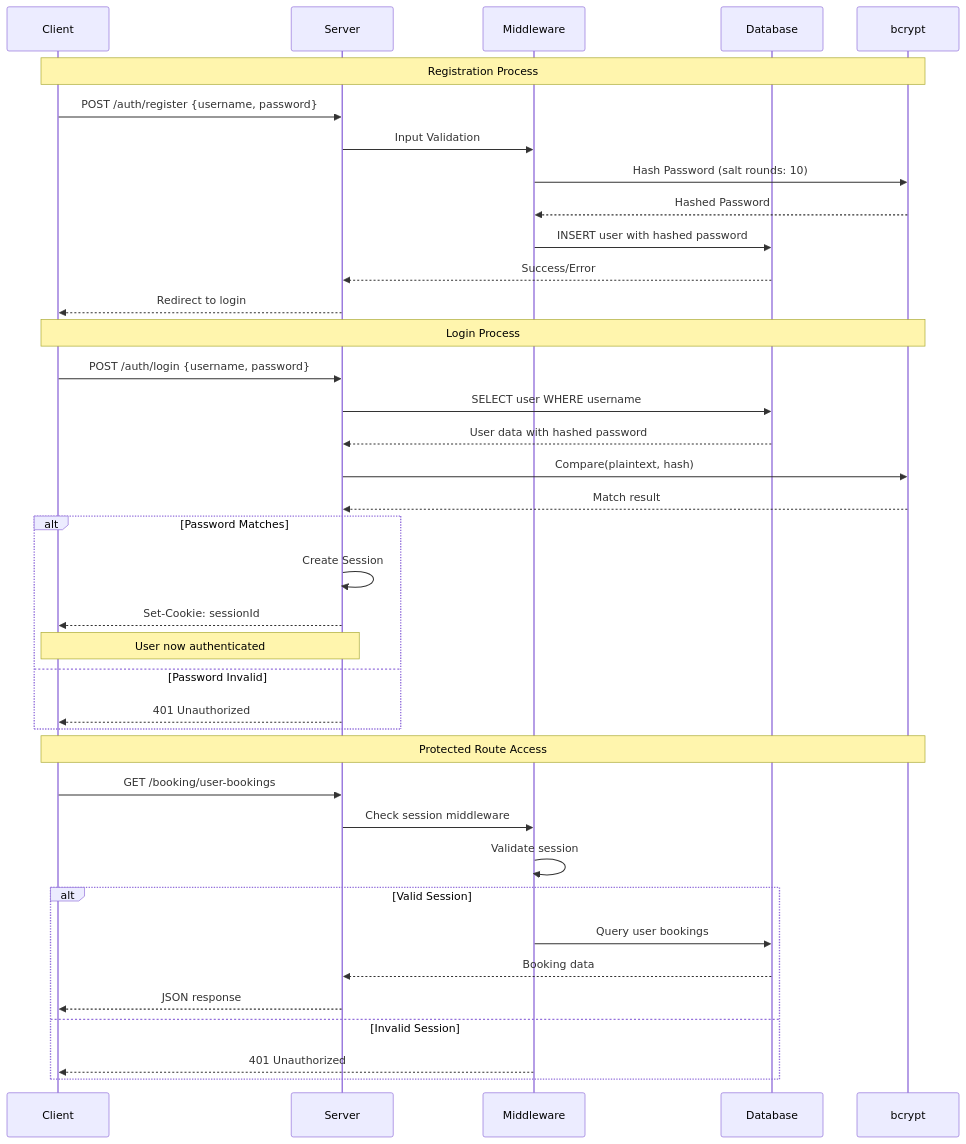
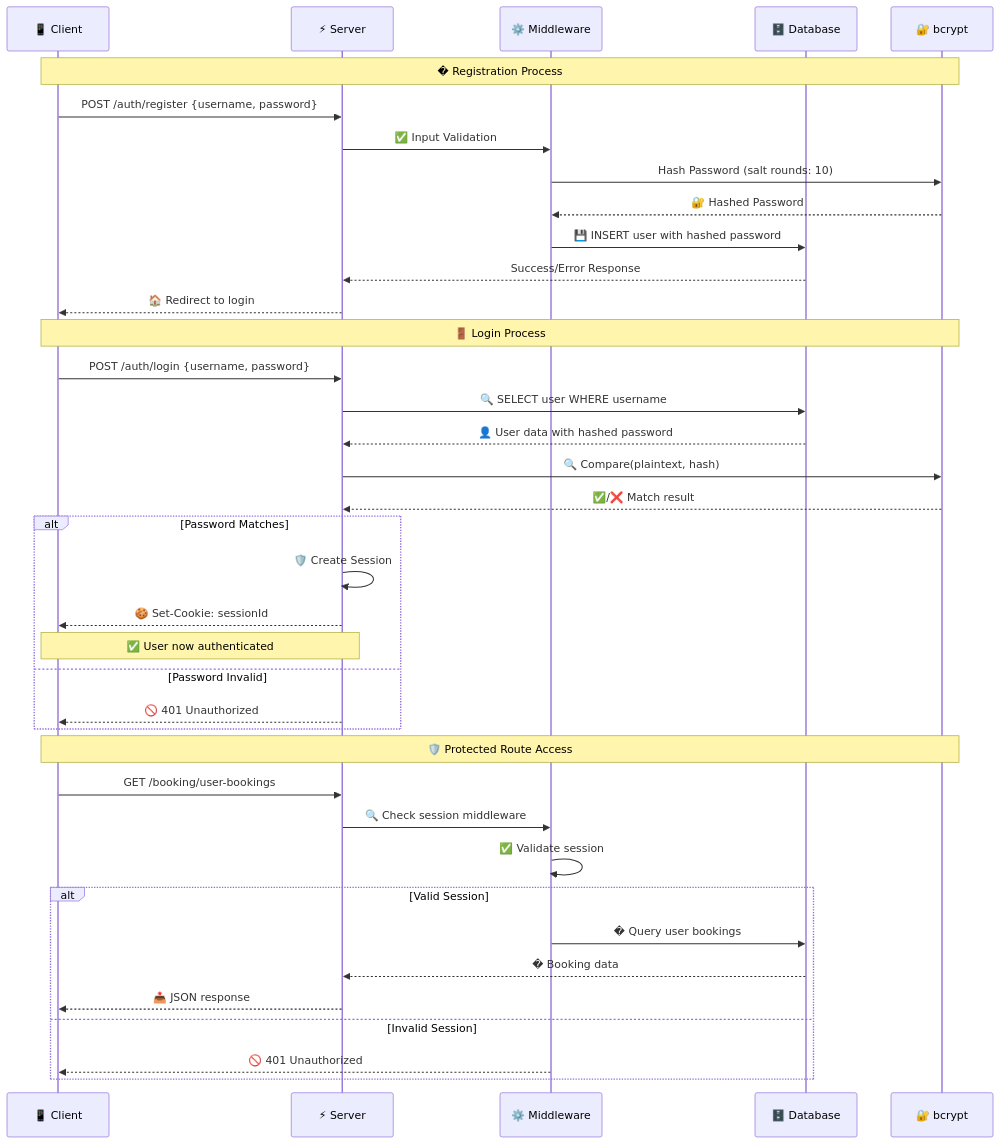
The eighth of 11 diagrams in README.md (Sandarsh18/Domain-booking-web-app), drawn with Mermaid before and after one commit. The commit also changed other lines of this file, not shown here.

````diff
--- a/README.md
+++ b/README.md
@@ -618,45 +688,45 @@
 ```mermaid
 sequenceDiagram
-    participant C as Client
-    participant S as Server
-    participant M as Middleware
-    participant DB as Database
-    participant H as bcrypt
+    participant C as 📱 Client
+    participant S as ⚡ Server
+    participant M as ⚙️ Middleware
+    participant DB as 🗄️ Database
+    participant H as 🔐 bcrypt
 
-    Note over C,H: Registration Process
+    Note over C,H: � Registration Process
     C->>S: POST /auth/register {username, password}
-    S->>M: Input Validation
+    S->>M: ✅ Input Validation
     M->>H: Hash Password (salt rounds: 10)
-    H-->>M: Hashed Password
-    M->>DB: INSERT user with hashed password
-    DB-->>S: Success/Error
-    S-->>C: Redirect to login
+    H-->>M: 🔐 Hashed Password
+    M->>DB: 💾 INSERT user with hashed password
+    DB-->>S: Success/Error Response
+    S-->>C: 🏠 Redirect to login
 
-    Note over C,H: Login Process  
+    Note over C,H: 🚪 Login Process  
     C->>S: POST /auth/login {username, password}
-    S->>DB: SELECT user WHERE username
-    DB-->>S: User data with hashed password
-    S->>H: Compare(plaintext, hash)
-    H-->>S: Match result
+    S->>DB: 🔍 SELECT user WHERE username
+    DB-->>S: 👤 User data with hashed password
+    S->>H: 🔍 Compare(plaintext, hash)
+    H-->>S: ✅/❌ Match result
     
     alt Password Matches
-        S->>S: Create Session
-        S-->>C: Set-Cookie: sessionId
-        Note over C,S: User now authenticated
+        S->>S: 🛡️ Create Session
+        S-->>C: 🍪 Set-Cookie: sessionId
+        Note over C,S: ✅ User now authenticated
     else Password Invalid
-        S-->>C: 401 Unauthorized
+        S-->>C: 🚫 401 Unauthorized
     end
 
-    Note over C,H: Protected Route Access
+    Note over C,H: 🛡️ Protected Route Access
     C->>S: GET /booking/user-bookings
-    S->>M: Check session middleware
-    M->>M: Validate session
+    S->>M: 🔍 Check session middleware
+    M->>M: ✅ Validate session
     
     alt Valid Session
-        M->>DB: Query user bookings
-        DB-->>S: Booking data
-        S-->>C: JSON response
+        M->>DB: � Query user bookings
+        DB-->>S: � Booking data
+        S-->>C: 📤 JSON response
     else Invalid Session
-        M-->>C: 401 Unauthorized
+        M-->>C: 🚫 401 Unauthorized
     end
 ```
````
